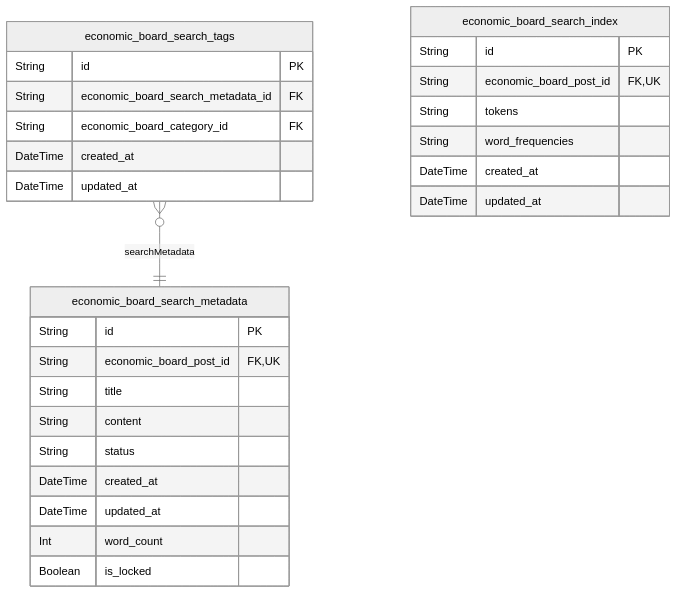
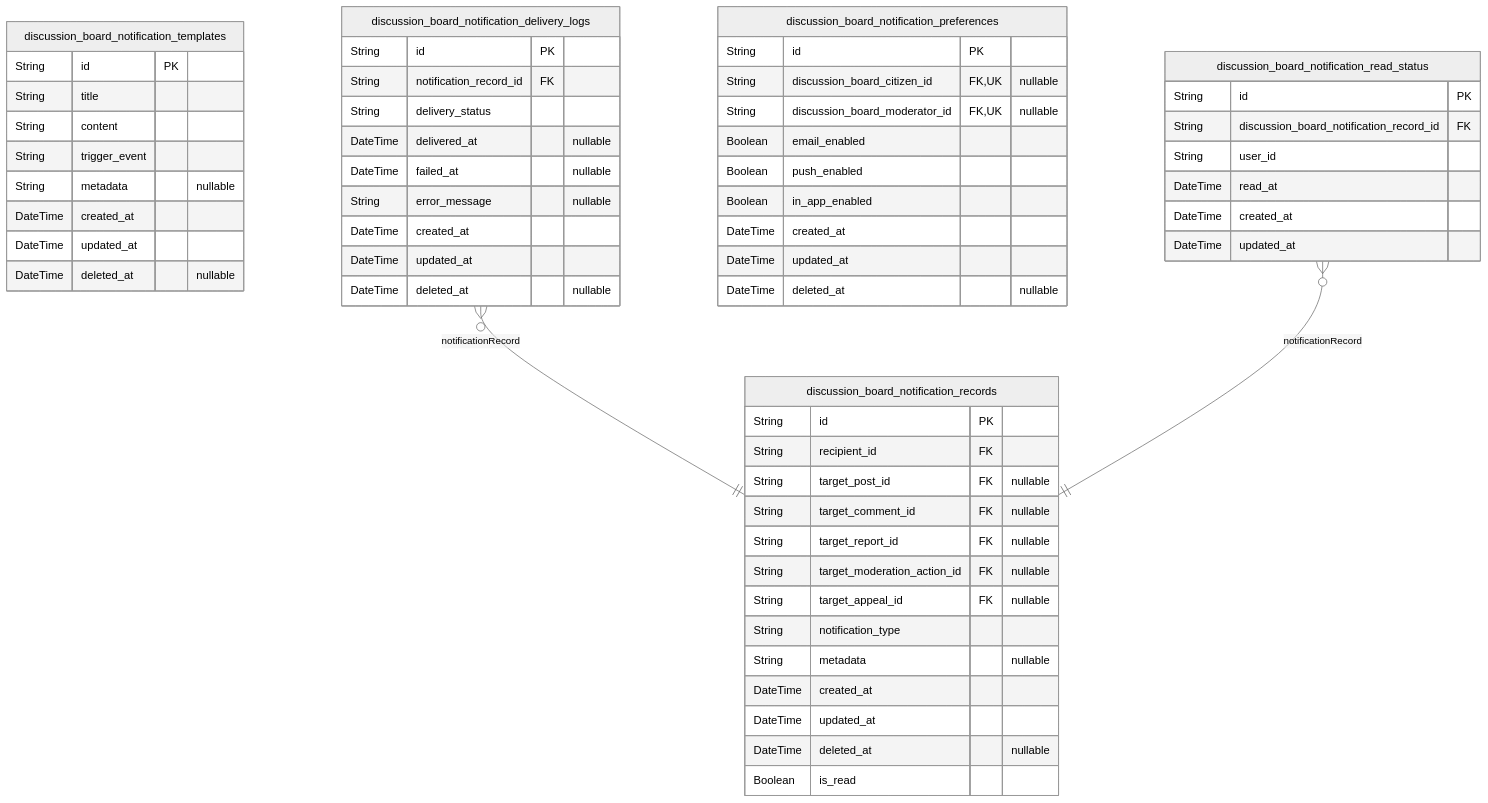
The eighth of 9 diagrams in qwen/qwen3-next-80b-a3b-instruct/bbs/docs/ERD.md (wrtnlabs/autobe-examples), drawn with Mermaid (neutral theme) before and after one commit. The commit also changed other lines of this file and 6988 other files, not shown here.

````diff
--- a/qwen/qwen3-next-80b-a3b-instruct/bbs/docs/ERD.md
+++ b/qwen/qwen3-next-80b-a3b-instruct/bbs/docs/ERD.md
@@ -964,30 +2332,60 @@
 ```mermaid
 erDiagram
-"economic_board_search_metadata" {
+"discussion_board_notification_templates" {
   String id PK
-  String economic_board_post_id FK,UK
   String title
   String content
-  String status
+  String trigger_event
+  String metadata "nullable"
   DateTime created_at
   DateTime updated_at
-  Int word_count
-  Boolean is_locked
+  DateTime deleted_at "nullable"
 }
-"economic_board_search_tags" {
+"discussion_board_notification_delivery_logs" {
   String id PK
-  String economic_board_search_metadata_id FK
-  String economic_board_category_id FK
+  String notification_record_id FK
+  String delivery_status
+  DateTime delivered_at "nullable"
+  DateTime failed_at "nullable"
+  String error_message "nullable"
+  DateTime created_at
+  DateTime updated_at
+  DateTime deleted_at "nullable"
+}
+"discussion_board_notification_preferences" {
+  String id PK
+  String discussion_board_citizen_id FK,UK "nullable"
+  String discussion_board_moderator_id FK,UK "nullable"
+  Boolean email_enabled
+  Boolean push_enabled
+  Boolean in_app_enabled
+  DateTime created_at
+  DateTime updated_at
+  DateTime deleted_at "nullable"
+}
+"discussion_board_notification_read_status" {
+  String id PK
+  String discussion_board_notification_record_id FK
+  String user_id
+  DateTime read_at
   DateTime created_at
   DateTime updated_at
 }
-"economic_board_search_index" {
+"discussion_board_notification_records" {
   String id PK
-  String economic_board_post_id FK,UK
-  String tokens
-  String word_frequencies
+  String recipient_id FK
+  String target_post_id FK "nullable"
+  String target_comment_id FK "nullable"
+  String target_report_id FK "nullable"
+  String target_moderation_action_id FK "nullable"
+  String target_appeal_id FK "nullable"
+  String notification_type
+  String metadata "nullable"
   DateTime created_at
   DateTime updated_at
+  DateTime deleted_at "nullable"
+  Boolean is_read
 }
-"economic_board_search_tags" }o--|| "economic_board_search_metadata" : searchMetadata
+"discussion_board_notification_delivery_logs" }o--|| "discussion_board_notification_records" : notificationRecord
+"discussion_board_notification_read_status" }o--|| "discussion_board_notification_records" : notificationRecord
 ```
````
